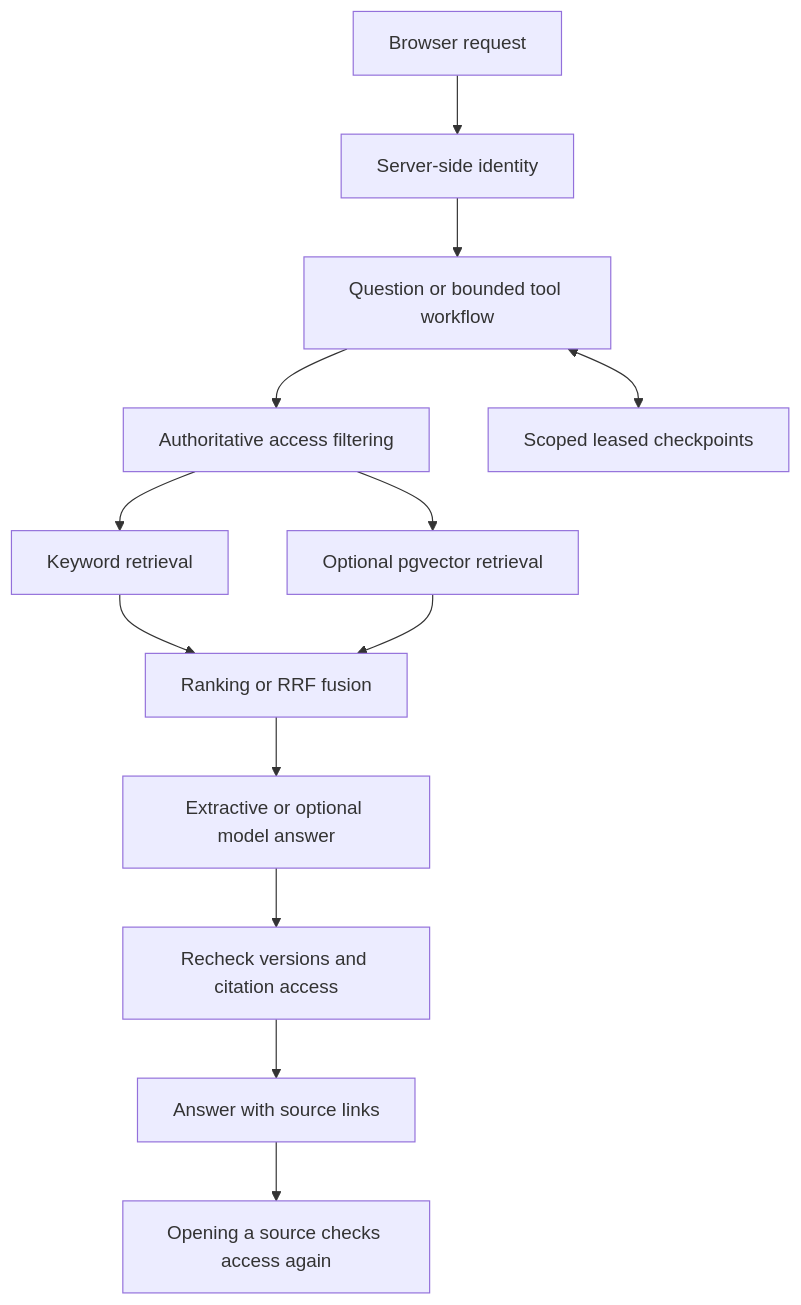
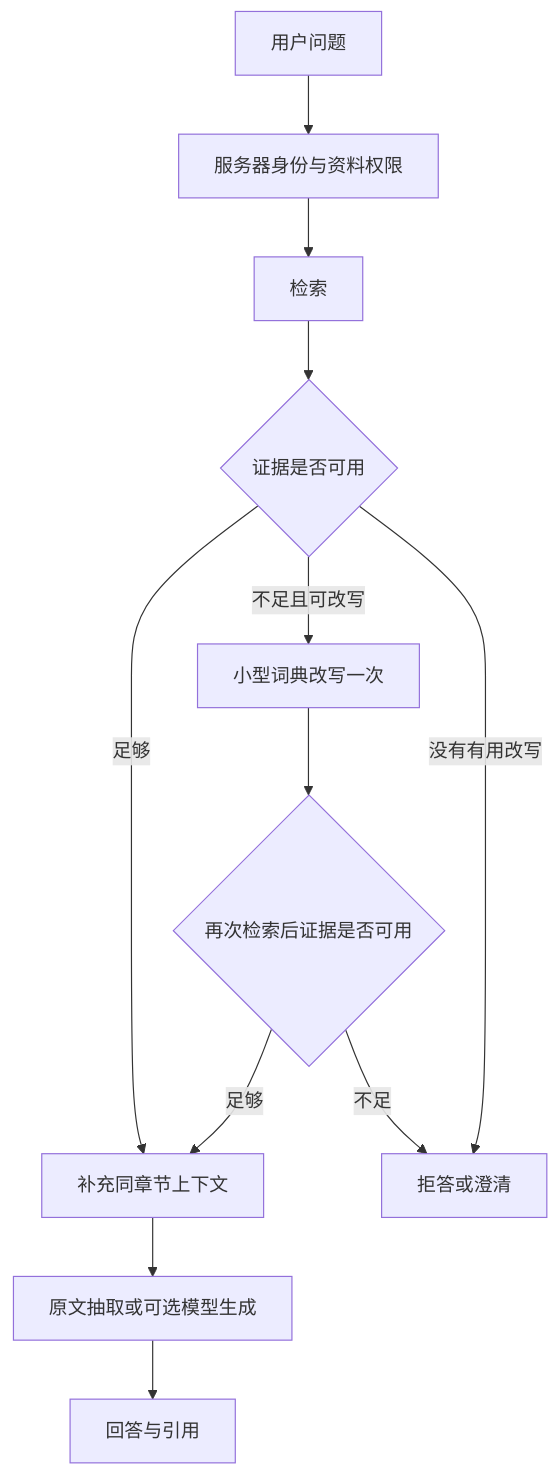
Before and after one commit to zongemory-spec/enterprise-rag-agent: the diagram in README.md, drawn with Mermaid. The commit also changed other lines of this file and 21 other files, not shown here.

````diff
--- a/README.md
+++ b/README.md
@@ -50,15 +42,14 @@
 ```mermaid
 flowchart TD
-    U[Browser request] --> A[Server-side identity]
-    A --> W[Question or bounded tool workflow]
-    W --> F[Authoritative access filtering]
-    F --> K[Keyword retrieval]
-    F --> V[Optional pgvector retrieval]
-    K --> R[Ranking or RRF fusion]
-    V --> R
-    R --> G[Extractive or optional model answer]
-    G --> C[Recheck versions and citation access]
-    C --> O[Answer with source links]
-    O --> X[Opening a source checks access again]
-    W <--> P[Scoped leased checkpoints]
+  Q[用户问题] --> A[服务器身份与资料权限]
+  A --> R[检索]
+  R --> E{证据是否可用}
+  E -->|足够| C[补充同章节上下文]
+  E -->|不足且可改写| W[小型词典改写一次]
+  W --> R2{再次检索后证据是否可用}
+  R2 -->|足够| C
+  R2 -->|不足| F[拒答或澄清]
+  E -->|没有有用改写| F
+  C --> G[原文抽取或可选模型生成]
+  G --> O[回答与引用]
 ```
````
